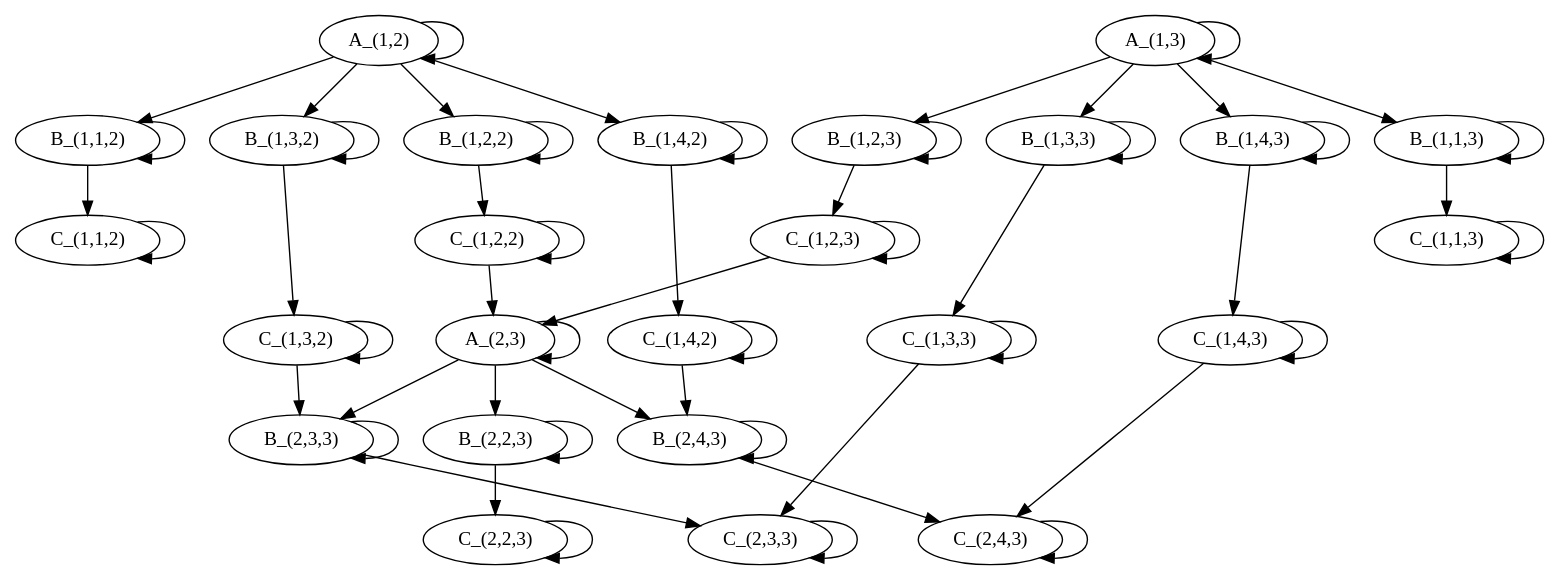
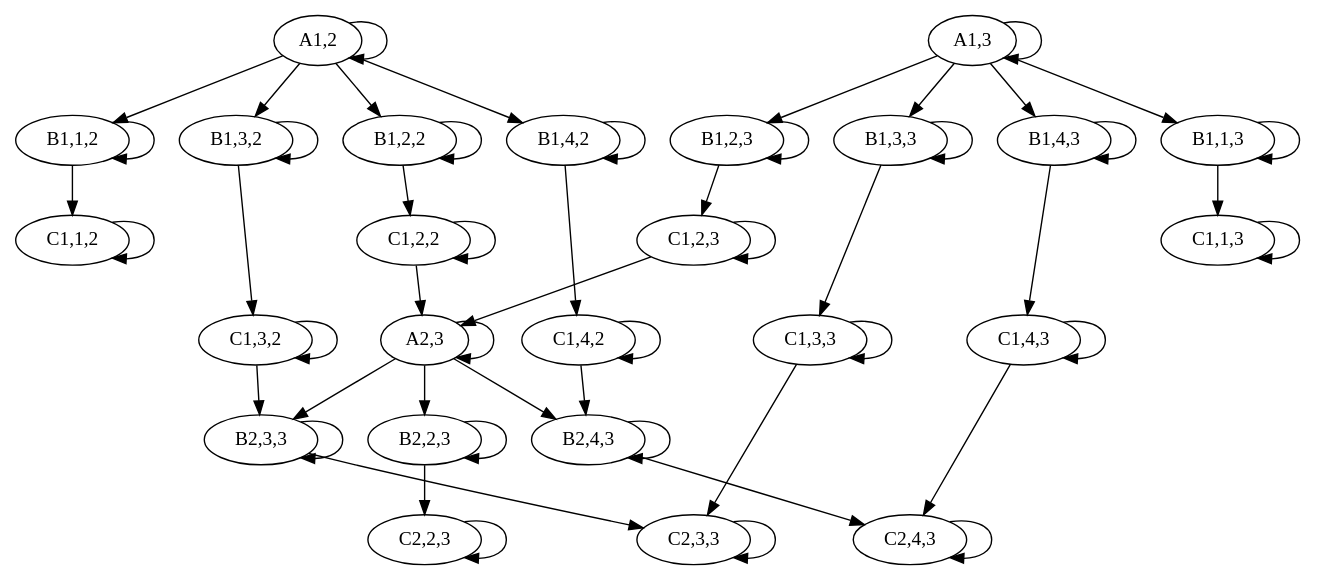
The diagram in lab08/preprocessing/output/test1_loop.gv (Szaroslav/concurrency-theory-agh-course), drawn with Graphviz before and after one commit. The commit also changed 6 other files, not shown here.

```diff
--- a/lab08/preprocessing/output/test1_loop.gv
+++ b/lab08/preprocessing/output/test1_loop.gv
@@ -1,80 +1,80 @@
 digraph "Hesse diagram" {
-	0 [label="A_(1,2)"]
-	1 [label="B_(1,1,2)"]
-	2 [label="B_(1,2,2)"]
-	3 [label="B_(1,3,2)"]
-	4 [label="B_(1,4,2)"]
-	5 [label="C_(1,1,2)"]
-	6 [label="C_(1,2,2)"]
-	7 [label="C_(1,3,2)"]
-	8 [label="C_(1,4,2)"]
-	9 [label="A_(1,3)"]
-	10 [label="B_(1,1,3)"]
-	11 [label="B_(1,2,3)"]
-	12 [label="B_(1,3,3)"]
-	13 [label="B_(1,4,3)"]
-	14 [label="C_(1,1,3)"]
-	15 [label="C_(1,2,3)"]
-	16 [label="C_(1,3,3)"]
-	17 [label="C_(1,4,3)"]
-	18 [label="A_(2,3)"]
-	19 [label="B_(2,2,3)"]
-	20 [label="B_(2,3,3)"]
-	21 [label="B_(2,4,3)"]
-	22 [label="C_(2,2,3)"]
-	23 [label="C_(2,3,3)"]
-	24 [label="C_(2,4,3)"]
+	0 [label="A1,2"]
+	1 [label="B1,1,2"]
+	2 [label="B1,2,2"]
+	3 [label="B1,3,2"]
+	4 [label="B1,4,2"]
+	5 [label="C1,1,2"]
+	6 [label="C1,2,2"]
+	7 [label="C1,3,2"]
+	8 [label="C1,4,2"]
+	9 [label="A1,3"]
+	10 [label="B1,1,3"]
+	11 [label="B1,2,3"]
+	12 [label="B1,3,3"]
+	13 [label="B1,4,3"]
+	14 [label="C1,1,3"]
+	15 [label="C1,2,3"]
+	16 [label="C1,3,3"]
+	17 [label="C1,4,3"]
+	18 [label="A2,3"]
+	19 [label="B2,2,3"]
+	20 [label="B2,3,3"]
+	21 [label="B2,4,3"]
+	22 [label="C2,2,3"]
+	23 [label="C2,3,3"]
+	24 [label="C2,4,3"]
 	0 -> 0
 	0 -> 1
 	0 -> 2
 	0 -> 3
 	0 -> 4
 	1 -> 1
 	1 -> 5
 	2 -> 2
 	2 -> 6
 	3 -> 3
 	3 -> 7
 	4 -> 4
 	4 -> 8
 	5 -> 5
 	6 -> 6
 	6 -> 18
 	7 -> 7
 	7 -> 20
 	8 -> 8
 	8 -> 21
 	9 -> 9
 	9 -> 10
 	9 -> 11
 	9 -> 12
 	9 -> 13
 	10 -> 10
 	10 -> 14
 	11 -> 11
 	11 -> 15
 	12 -> 12
 	12 -> 16
 	13 -> 13
 	13 -> 17
 	14 -> 14
 	15 -> 15
 	15 -> 18
 	16 -> 16
 	16 -> 23
 	17 -> 17
 	17 -> 24
 	18 -> 18
 	18 -> 19
 	18 -> 20
 	18 -> 21
 	19 -> 19
 	19 -> 22
 	20 -> 20
 	20 -> 23
 	21 -> 21
 	21 -> 24
 	22 -> 22
 	23 -> 23
 	24 -> 24
 }
```
